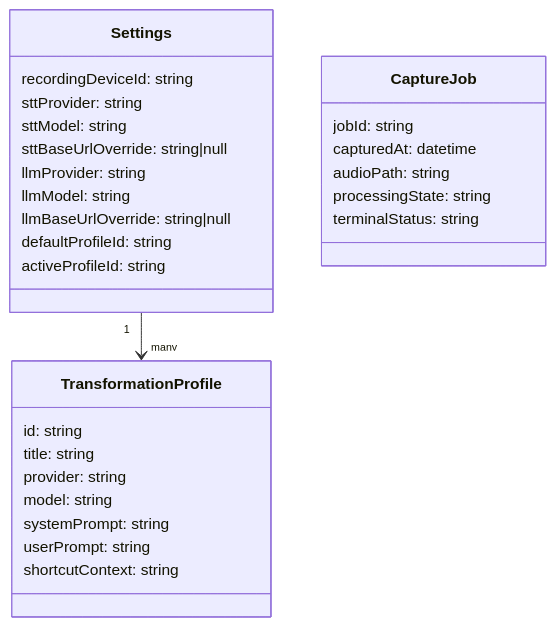
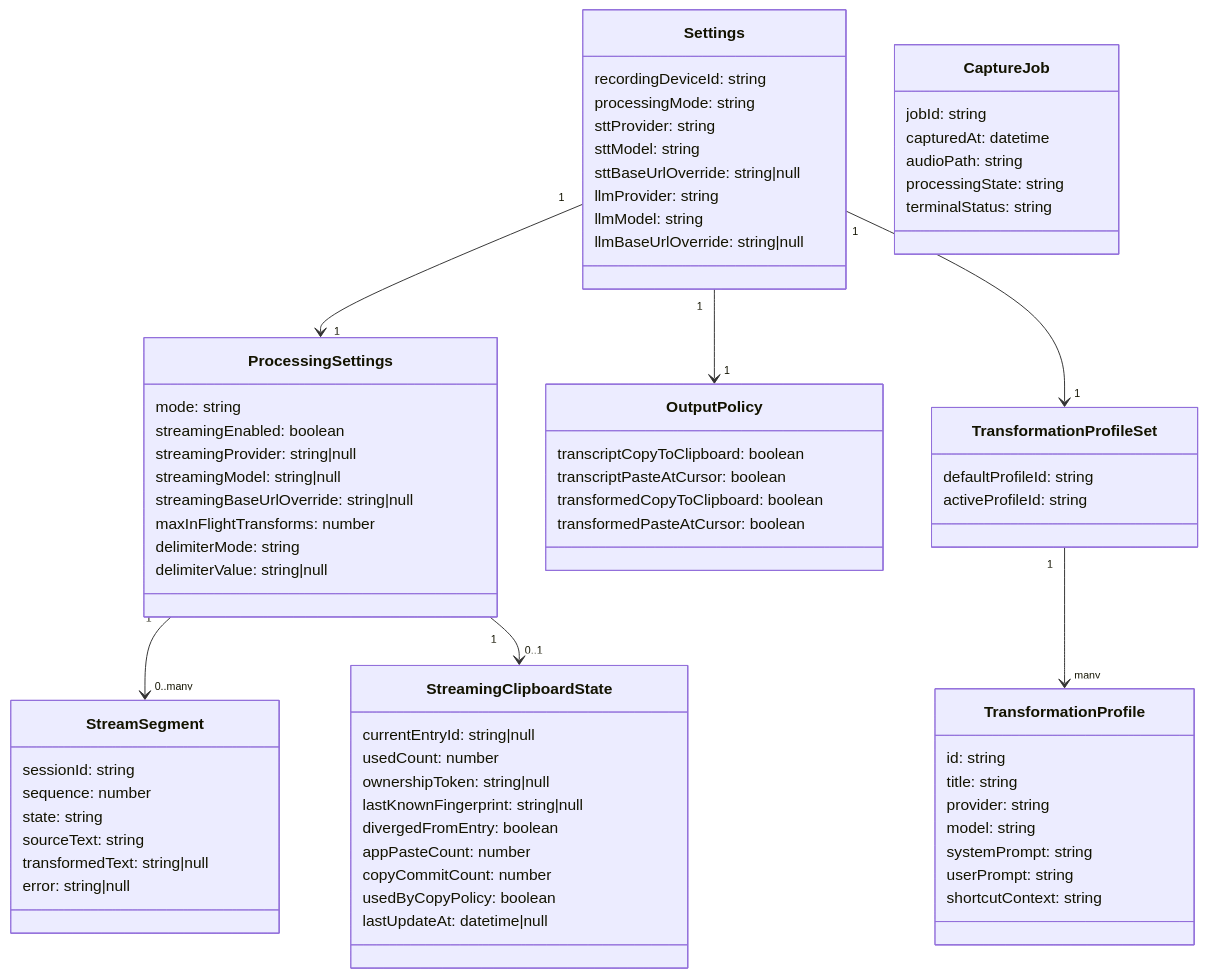
One commit to massun-onibakuchi/speech-to-text-app changed the second of 8 diagrams in specs/v1-spec.md. Above: the diagram before and after it, drawn with Mermaid. The commit also changed other lines of this file, not shown here.

Commit message:
docs: unify streaming architecture schema and data model

````diff
--- a/specs/v1-spec.md
+++ b/specs/v1-spec.md
@@ -307,34 +341,82 @@
 ```mermaid
 classDiagram
   class Settings {
     recordingDeviceId: string
+    processingMode: string
     sttProvider: string
     sttModel: string
     sttBaseUrlOverride: string|null
     llmProvider: string
     llmModel: string
     llmBaseUrlOverride: string|null
+  }
+
+  class ProcessingSettings {
+    mode: string
+    streamingEnabled: boolean
+    streamingProvider: string|null
+    streamingModel: string|null
+    streamingBaseUrlOverride: string|null
+    maxInFlightTransforms: number
+    delimiterMode: string
+    delimiterValue: string|null
+  }
+
+  class OutputPolicy {
+    transcriptCopyToClipboard: boolean
+    transcriptPasteAtCursor: boolean
+    transformedCopyToClipboard: boolean
+    transformedPasteAtCursor: boolean
+  }
+
+  class TransformationProfileSet {
     defaultProfileId: string
     activeProfileId: string
   }
 
   class TransformationProfile {
     id: string
     title: string
     provider: string
     model: string
     systemPrompt: string
     userPrompt: string
     shortcutContext: string
   }
 
   class CaptureJob {
     jobId: string
     capturedAt: datetime
     audioPath: string
     processingState: string
     terminalStatus: string
   }
 
-  Settings "1" --> "many" TransformationProfile
+  class StreamSegment {
+    sessionId: string
+    sequence: number
+    state: string
+    sourceText: string
+    transformedText: string|null
+    error: string|null
+  }
+
+  class StreamingClipboardState {
+    currentEntryId: string|null
+    usedCount: number
+    ownershipToken: string|null
+    lastKnownFingerprint: string|null
+    divergedFromEntry: boolean
+    appPasteCount: number
+    copyCommitCount: number
+    usedByCopyPolicy: boolean
+    lastUpdateAt: datetime|null
+  }
+
+  Settings "1" --> "1" ProcessingSettings
+  Settings "1" --> "1" OutputPolicy
+  Settings "1" --> "1" TransformationProfileSet
+  TransformationProfileSet "1" --> "many" TransformationProfile
+  ProcessingSettings "1" --> "0..many" StreamSegment
+  ProcessingSettings "1" --> "0..1" StreamingClipboardState
 ```
````
